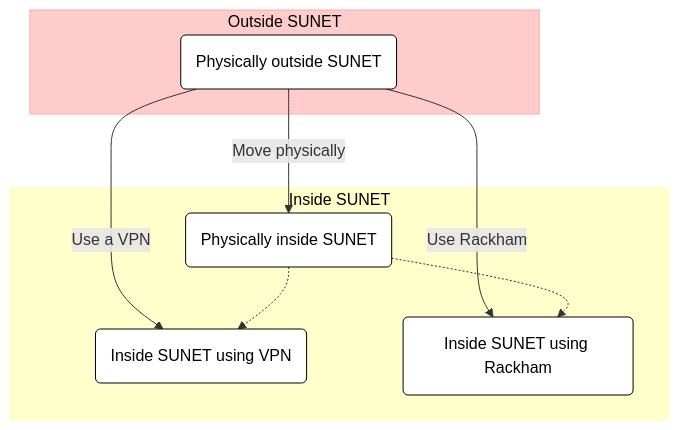
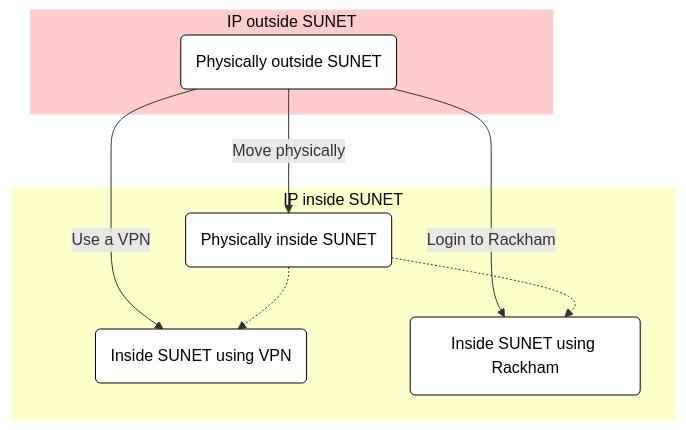
One commit to UPPMAX/UPPMAX-documentation changed the second of 4 diagrams in docs/getting_started/login_bianca.md. Above: the diagram before and after it, drawn with Mermaid. The commit also changed other lines of this file, not shown here.

````diff
--- a/docs/getting_started/login_bianca.md
+++ b/docs/getting_started/login_bianca.md
@@ -247,26 +248,29 @@
 ```mermaid
 flowchart TD
 
-    subgraph sub_outside[Outside SUNET]
+    %% Give a white background, instead of a transparent one
+    classDef node fill:#fff,color:#000,stroke:#000
+    classDef focus_node fill:#fff,color:#000,stroke:#000,stroke-width:4px
+
+    subgraph sub_outside[IP outside SUNET]
       outside(Physically outside SUNET)
-      style outside fill:#fff,color:#000,stroke:#000
     end    
-    style sub_outside fill:#fcc,color:#000,stroke:#faa
+    style sub_outside fill:#fcc,color:#000,stroke:#fcc
 
-    subgraph sub_inside[Inside SUNET]
+    subgraph sub_inside[IP inside SUNET]
       physically_inside(Physically inside SUNET)
       inside_using_vpn(Inside SUNET using VPN)
       inside_using_rackham(Inside SUNET using Rackham)
-      style physically_inside fill:#fff,color:#000,stroke:#000
-      style inside_using_vpn fill:#fff,color:#000,stroke:#000
-      style inside_using_rackham fill:#fff,color:#000,stroke:#000
     end
-    style sub_inside fill:#ffc,color:#000,stroke:#ffa
+    style sub_inside fill:#ffc,color:#000,stroke:#ffc
 
 
+    %% Outside SUNET
     outside-->|Move physically|physically_inside
     outside-->|Use a VPN|inside_using_vpn
-    outside-->|Use Rackham|inside_using_rackham
+    outside-->|Login to Rackham|inside_using_rackham
+
+    %% Inside SUNET
     physically_inside-.->inside_using_rackham
     physically_inside-.->inside_using_vpn
 ```
````
